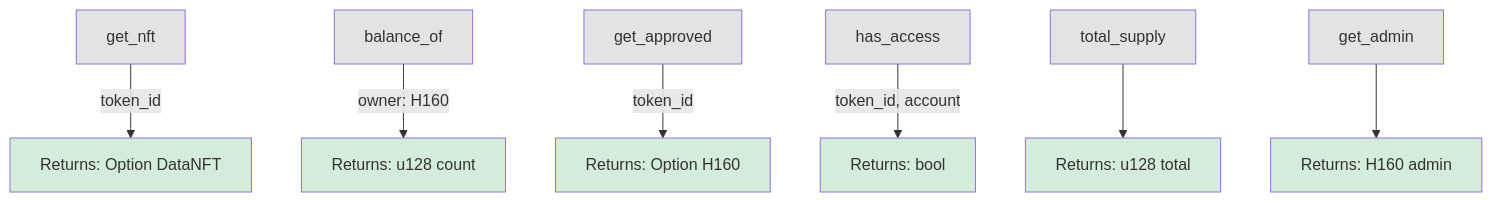
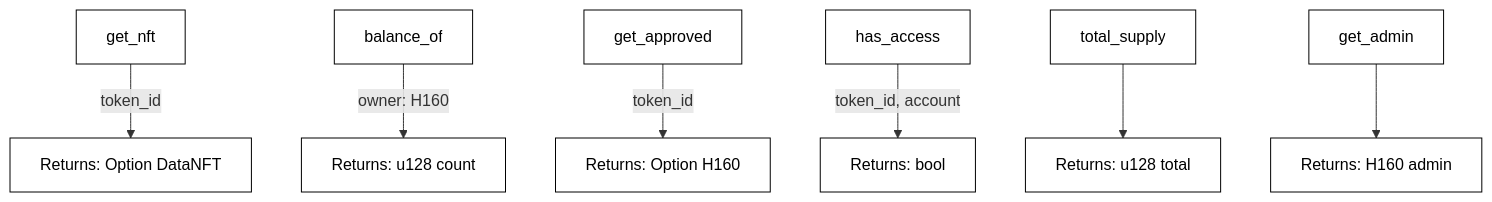
One commit to PolkaMesh/PolkaMesh-Contracts changed diagram 12 of 18 in data_nft_registry/README.md. Above: the diagram before and after it, drawn with Mermaid. The commit also changed other lines of this file and 4 other files, not shown here.

````diff
--- a/data_nft_registry/README.md
+++ b/data_nft_registry/README.md
@@ -293,22 +293,22 @@
 ```mermaid
 graph TB
     A[get_nft] -->|token_id| A1[Returns: Option DataNFT]
     B[balance_of] -->|owner: H160| B1[Returns: u128 count]
     C[get_approved] -->|token_id| C1[Returns: Option H160]
     D[has_access] -->|token_id, account| D1[Returns: bool]
     E[total_supply] --> E1[Returns: u128 total]
     F[get_admin] --> F1[Returns: H160 admin]
 
-    style A fill:#e2e3e5
-    style B fill:#e2e3e5
-    style C fill:#e2e3e5
-    style D fill:#e2e3e5
-    style E fill:#e2e3e5
-    style F fill:#e2e3e5
-    style A1 fill:#d4edda
-    style B1 fill:#d4edda
-    style C1 fill:#d4edda
-    style D1 fill:#d4edda
-    style E1 fill:#d4edda
-    style F1 fill:#d4edda
+    style A fill:#ffffff,stroke:#000000,color:#000000
+    style B fill:#ffffff,stroke:#000000,color:#000000
+    style C fill:#ffffff,stroke:#000000,color:#000000
+    style D fill:#ffffff,stroke:#000000,color:#000000
+    style E fill:#ffffff,stroke:#000000,color:#000000
+    style F fill:#ffffff,stroke:#000000,color:#000000
+    style A1 fill:#ffffff,stroke:#000000,color:#000000
+    style B1 fill:#ffffff,stroke:#000000,color:#000000
+    style C1 fill:#ffffff,stroke:#000000,color:#000000
+    style D1 fill:#ffffff,stroke:#000000,color:#000000
+    style E1 fill:#ffffff,stroke:#000000,color:#000000
+    style F1 fill:#ffffff,stroke:#000000,color:#000000
 ```
````
